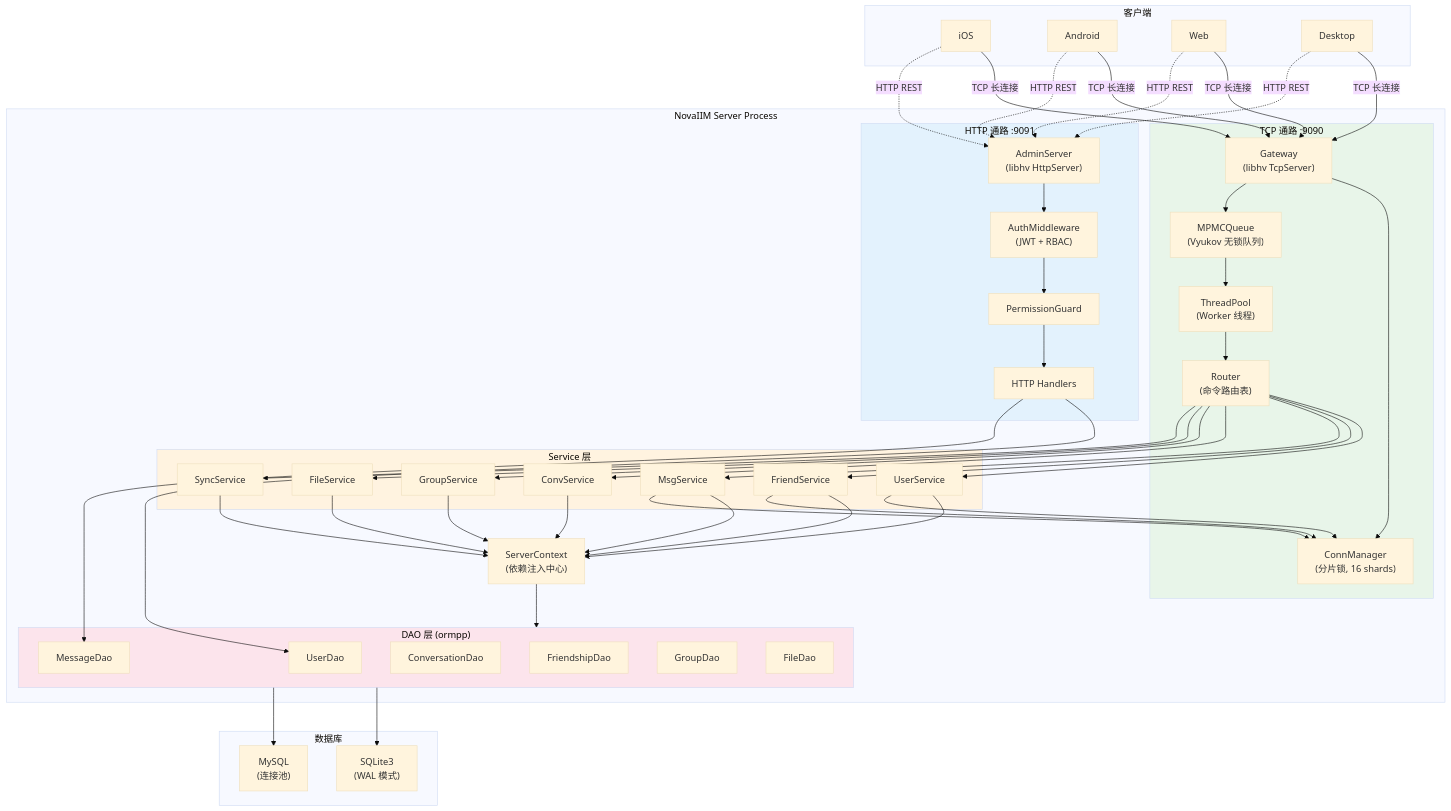
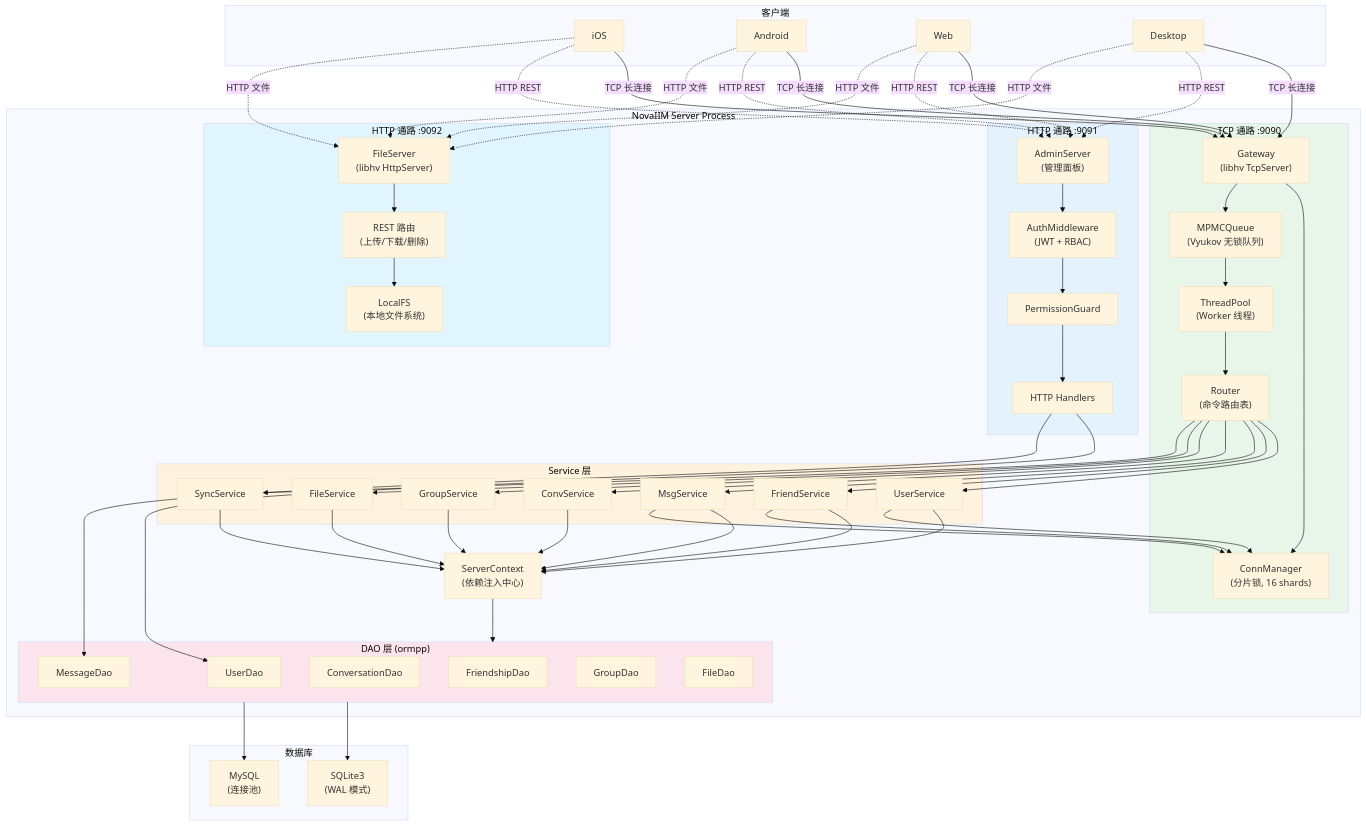
The first of 42 diagrams in docs/software_design.md (huihuilivio/NovaIIM), drawn with Mermaid (base theme) before and after one commit. The commit also changed other lines of this file and 4 other files, not shown here.

First line of the commit message:
docs: add FileServer (HTTP :9092) coverage across all documentation

````diff
--- a/docs/software_design.md
+++ b/docs/software_design.md
@@ -47,10 +48,16 @@
         end
 
         subgraph HTTP_Path["HTTP 通路 :9091"]
-            AS["AdminServer<br/>(libhv HttpServer)"]
+            AS["AdminServer<br/>(管理面板)"]
             AM["AuthMiddleware<br/>(JWT + RBAC)"]
             PG["PermissionGuard"]
             HH["HTTP Handlers"]
+        end
+
+        subgraph FILE_Path["HTTP 通路 :9092"]
+            FSV["FileServer<br/>(libhv HttpServer)"]
+            FRT["REST 路由<br/>(上传/下载/删除)"]
+            LFS["LocalFS<br/>(本地文件系统)"]
         end
 
         subgraph Services["Service 层"]
@@ -91,6 +98,9 @@
     AS --> AM --> PG --> HH
     HH --> UD & MD
 
+    iOS & Android & Web & Desktop -.->|HTTP 文件| FSV
+    FSV --> FRT --> LFS
+
     US & FS & MS & CS & GS & FIS & SS --> SC
     SC --> DAO
     DAO --> SQLite
@@ -100,6 +110,7 @@
 
     style TCP_Path fill:#e8f5e9
     style HTTP_Path fill:#e3f2fd
+    style FILE_Path fill:#e1f5fe
     style Services fill:#fff3e0
     style DAO fill:#fce4ec
 ```
````
